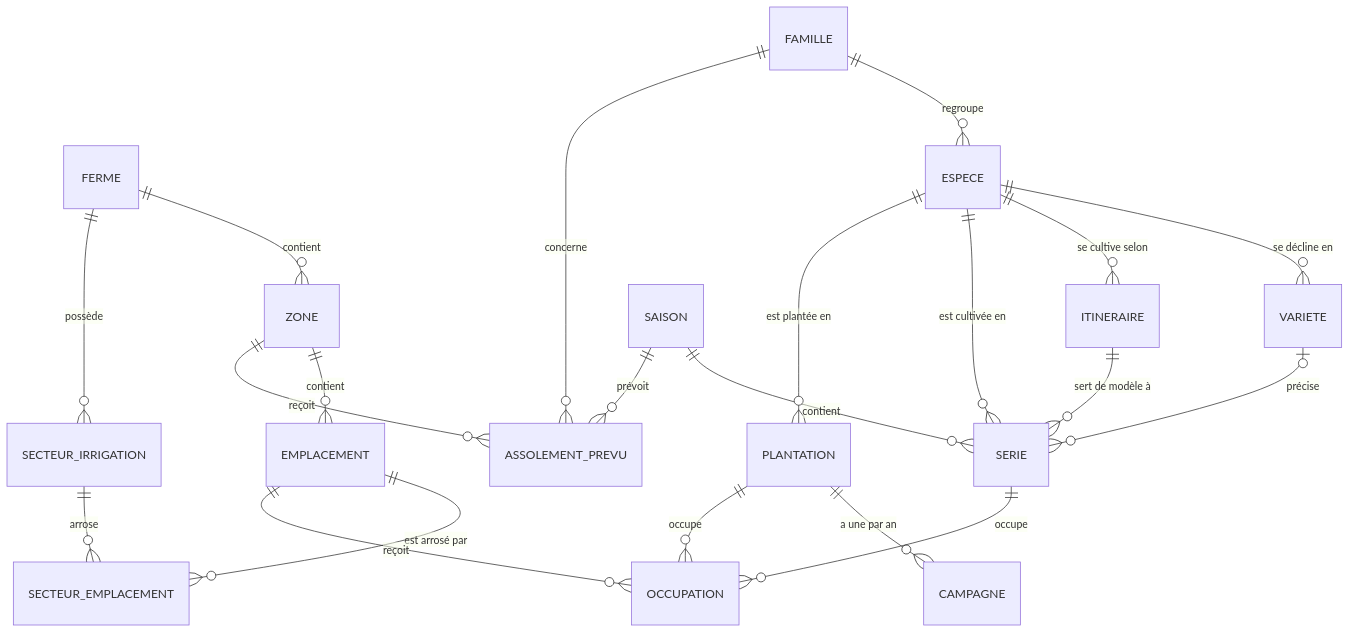
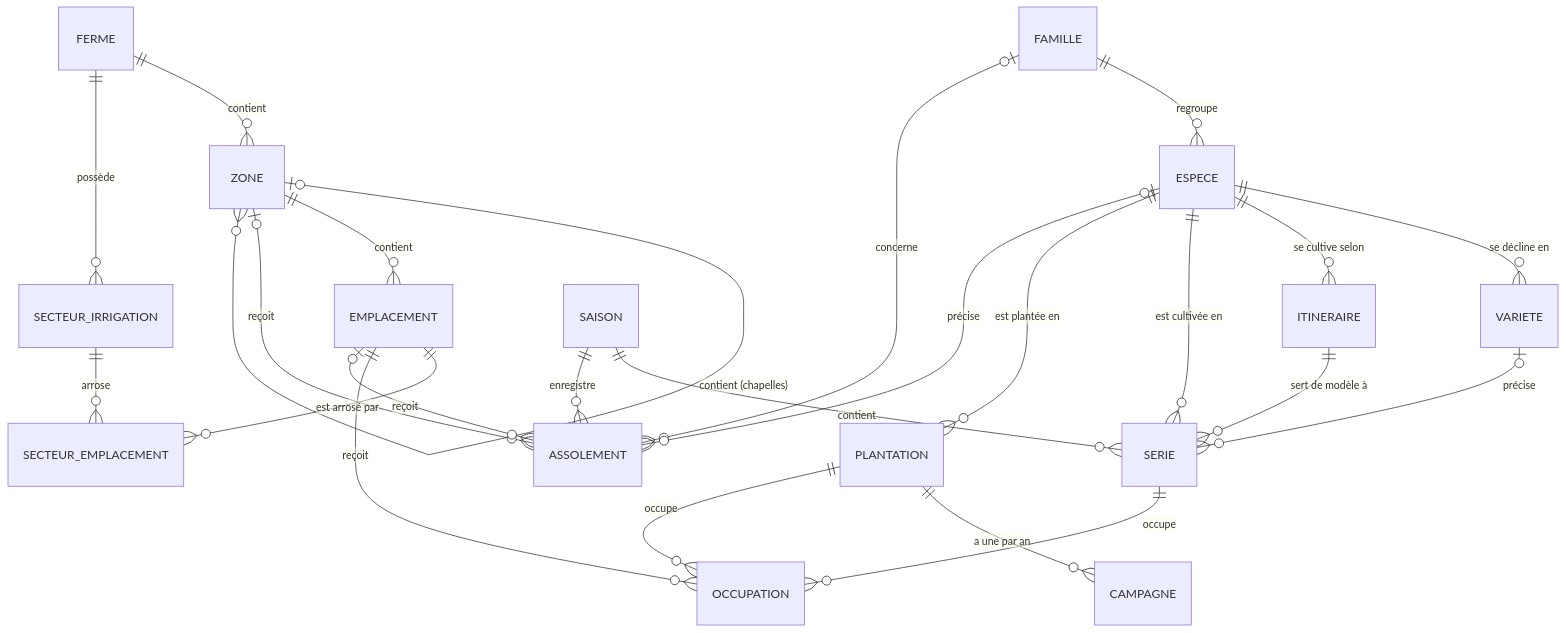
One commit to thoy-le-duc/Planifications changed the first of 2 diagrams in docs/modele-donnees.md. Above: the diagram before and after it, drawn with Mermaid. The commit also changed other lines of this file and 2 other files, not shown here.

First line of the commit message:
Modèle : chapelles, assolement enregistré, délais de retour

````diff
--- a/docs/modele-donnees.md
+++ b/docs/modele-donnees.md
@@ -17,23 +18,26 @@
 ```mermaid
 erDiagram
   FERME ||--o{ ZONE : "contient"
+  ZONE |o--o{ ZONE : "contient (chapelles)"
   ZONE ||--o{ EMPLACEMENT : "contient"
   FERME ||--o{ SECTEUR_IRRIGATION : "possède"
   SECTEUR_IRRIGATION ||--o{ SECTEUR_EMPLACEMENT : "arrose"
   EMPLACEMENT ||--o{ SECTEUR_EMPLACEMENT : "est arrosé par"
   FAMILLE ||--o{ ESPECE : "regroupe"
   ESPECE ||--o{ VARIETE : "se décline en"
   ESPECE ||--o{ ITINERAIRE : "se cultive selon"
   SAISON ||--o{ SERIE : "contient"
   ESPECE ||--o{ SERIE : "est cultivée en"
   VARIETE |o--o{ SERIE : "précise"
   ITINERAIRE ||--o{ SERIE : "sert de modèle à"
   ESPECE ||--o{ PLANTATION : "est plantée en"
   PLANTATION ||--o{ CAMPAGNE : "a une par an"
   SERIE ||--o{ OCCUPATION : "occupe"
   PLANTATION ||--o{ OCCUPATION : "occupe"
   EMPLACEMENT ||--o{ OCCUPATION : "reçoit"
-  SAISON ||--o{ ASSOLEMENT_PREVU : "prévoit"
-  ZONE ||--o{ ASSOLEMENT_PREVU : "reçoit"
-  FAMILLE ||--o{ ASSOLEMENT_PREVU : "concerne"
+  SAISON ||--o{ ASSOLEMENT : "enregistre"
+  ZONE |o--o{ ASSOLEMENT : "reçoit"
+  EMPLACEMENT |o--o{ ASSOLEMENT : "reçoit"
+  FAMILLE |o--o{ ASSOLEMENT : "concerne"
+  ESPECE |o--o{ ASSOLEMENT : "précise"
 ```
````
